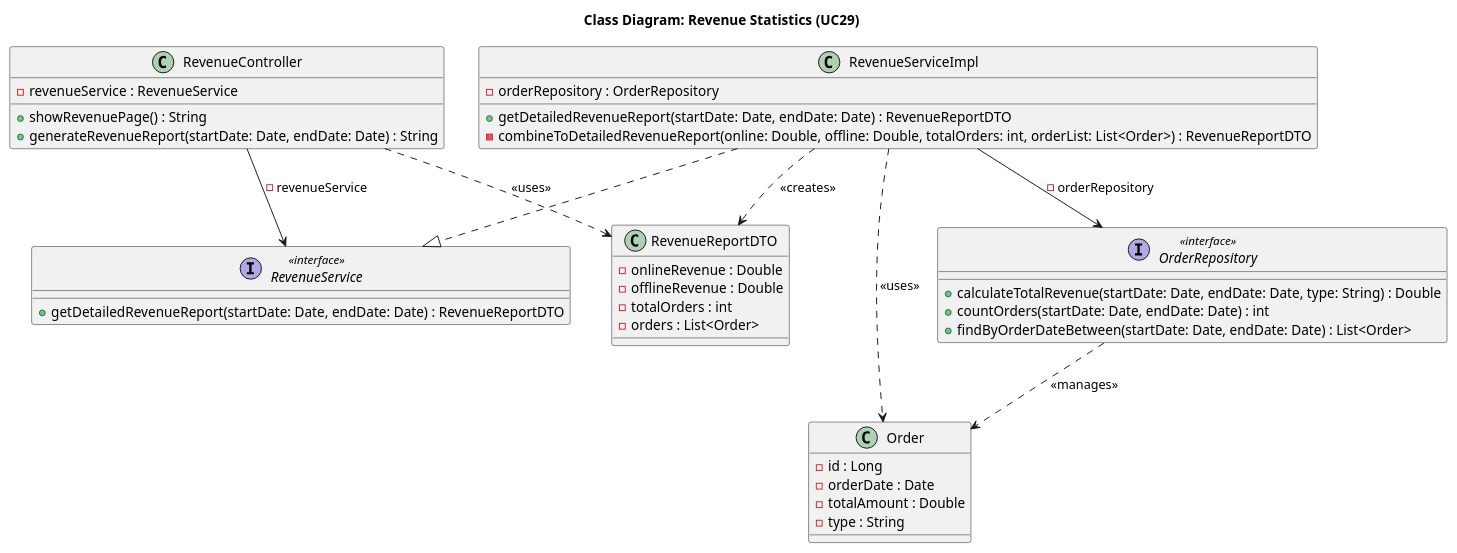
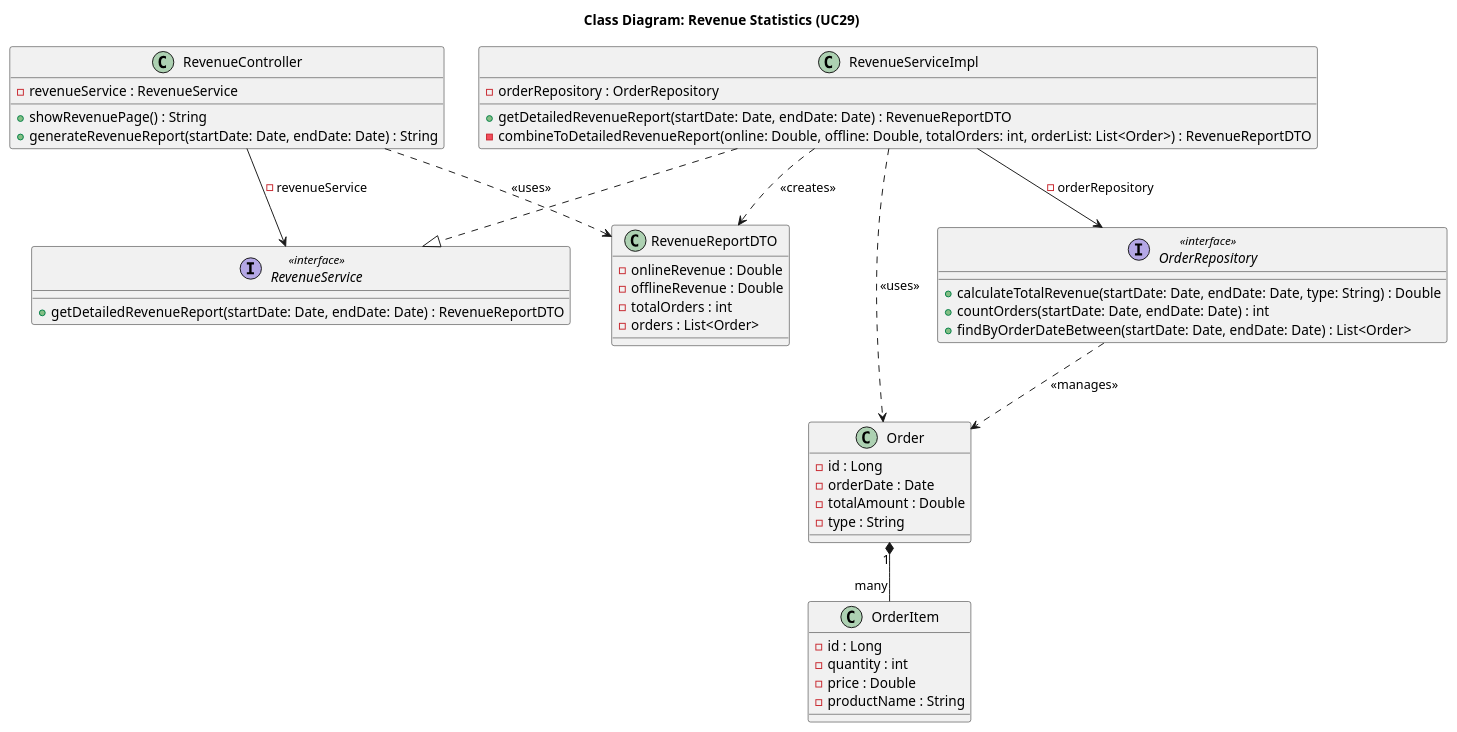
One commit to Peterdir/fashion-store-system changed the diagram in src/main/java/org/example/fashionstoresystem/uml/Class/CD29_RevenueStatistics.puml. Above: the diagram before and after it, drawn with PlantUML. The commit also changed 9 other files, not shown here.

Commit message:
Implement Object Diagram

```diff
--- a/src/main/java/org/example/fashionstoresystem/uml/Class/CD29_RevenueStatistics.puml
+++ b/src/main/java/org/example/fashionstoresystem/uml/Class/CD29_RevenueStatistics.puml
@@ -1,60 +1,70 @@
 @startuml
 title Class Diagram: Revenue Statistics (UC29)
 
 ' Controller
 class RevenueController {
     - revenueService : RevenueService
     + showRevenuePage() : String
     + generateRevenueReport(startDate: Date, endDate: Date) : String
 }
 
 ' Service
 interface RevenueService <<interface>> {
     + getDetailedRevenueReport(startDate: Date, endDate: Date) : RevenueReportDTO
 }
 
 class RevenueServiceImpl {
     - orderRepository : OrderRepository
     + getDetailedRevenueReport(startDate: Date, endDate: Date) : RevenueReportDTO
     - combineToDetailedRevenueReport(online: Double, offline: Double, totalOrders: int, orderList: List<Order>) : RevenueReportDTO
 }
 
 ' Repository
 interface OrderRepository <<interface>> {
     + calculateTotalRevenue(startDate: Date, endDate: Date, type: String) : Double
     + countOrders(startDate: Date, endDate: Date) : int
     + findByOrderDateBetween(startDate: Date, endDate: Date) : List<Order>
 }
 
 ' Entity & DTO
 class RevenueReportDTO {
     - onlineRevenue : Double
     - offlineRevenue : Double
     - totalOrders : int
     - orders : List<Order>
 }
 
 class Order {
     - id : Long
     - orderDate : Date
     - totalAmount : Double
     - type : String
 }
 
+class OrderItem {
+    - id : Long
+    - quantity : int
+    - price : Double
+    - productName : String
+}
+
 ' Relationships
+
+' Composition (Order contains OrderItems)
+Order "1" *-- "many" OrderItem
 
 ' Implementation
 RevenueServiceImpl ..|> RevenueService
 
 ' Dependency Injection
 RevenueController --> RevenueService : - revenueService
 RevenueServiceImpl --> OrderRepository : - orderRepository
 
 ' Object Usage
 RevenueController ..> RevenueReportDTO : <<uses>>
 RevenueServiceImpl ..> RevenueReportDTO : <<creates>>
 
 OrderRepository ..> Order : <<manages>>
 RevenueServiceImpl ..> Order : <<uses>>
 
 @enduml
```
